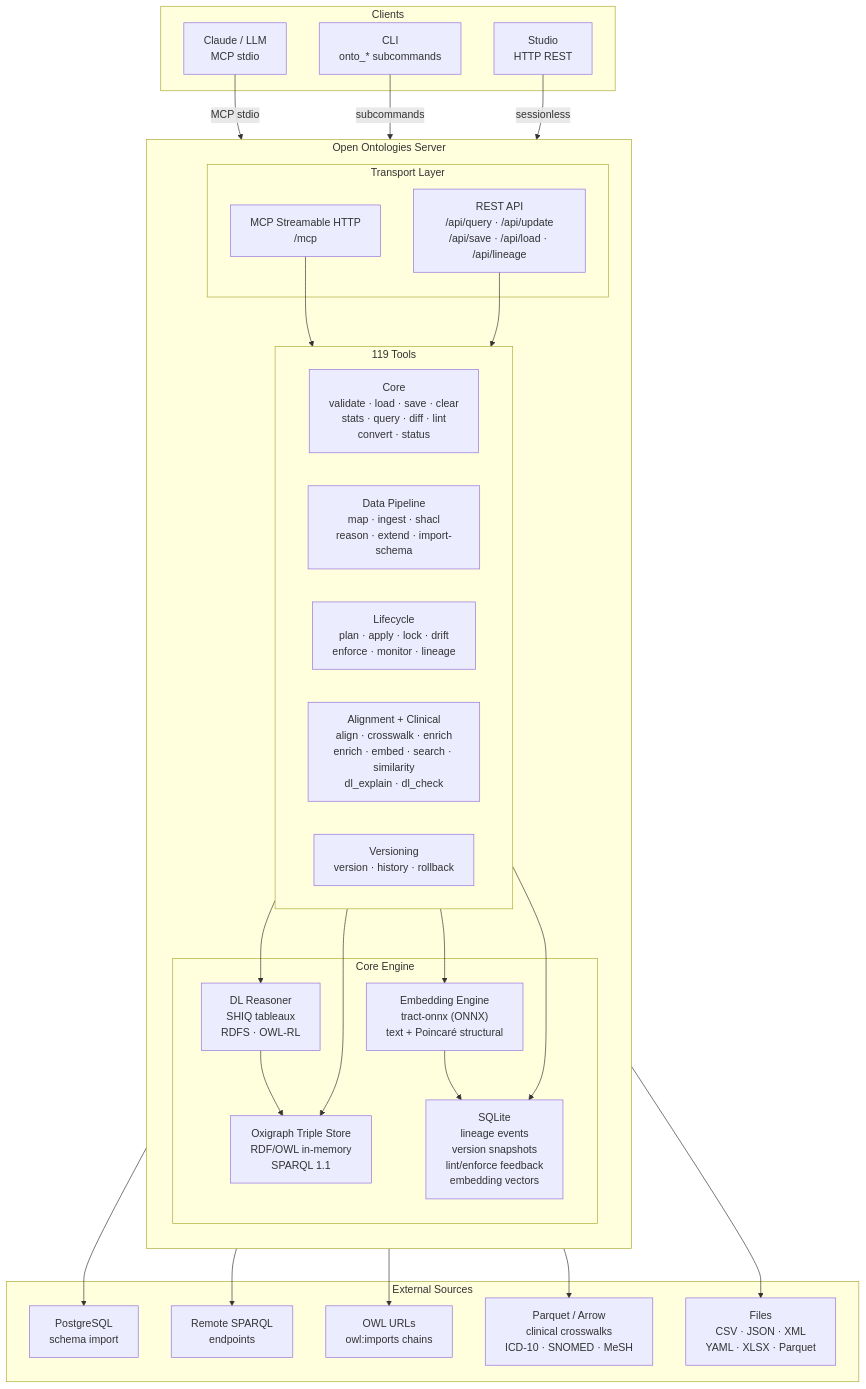
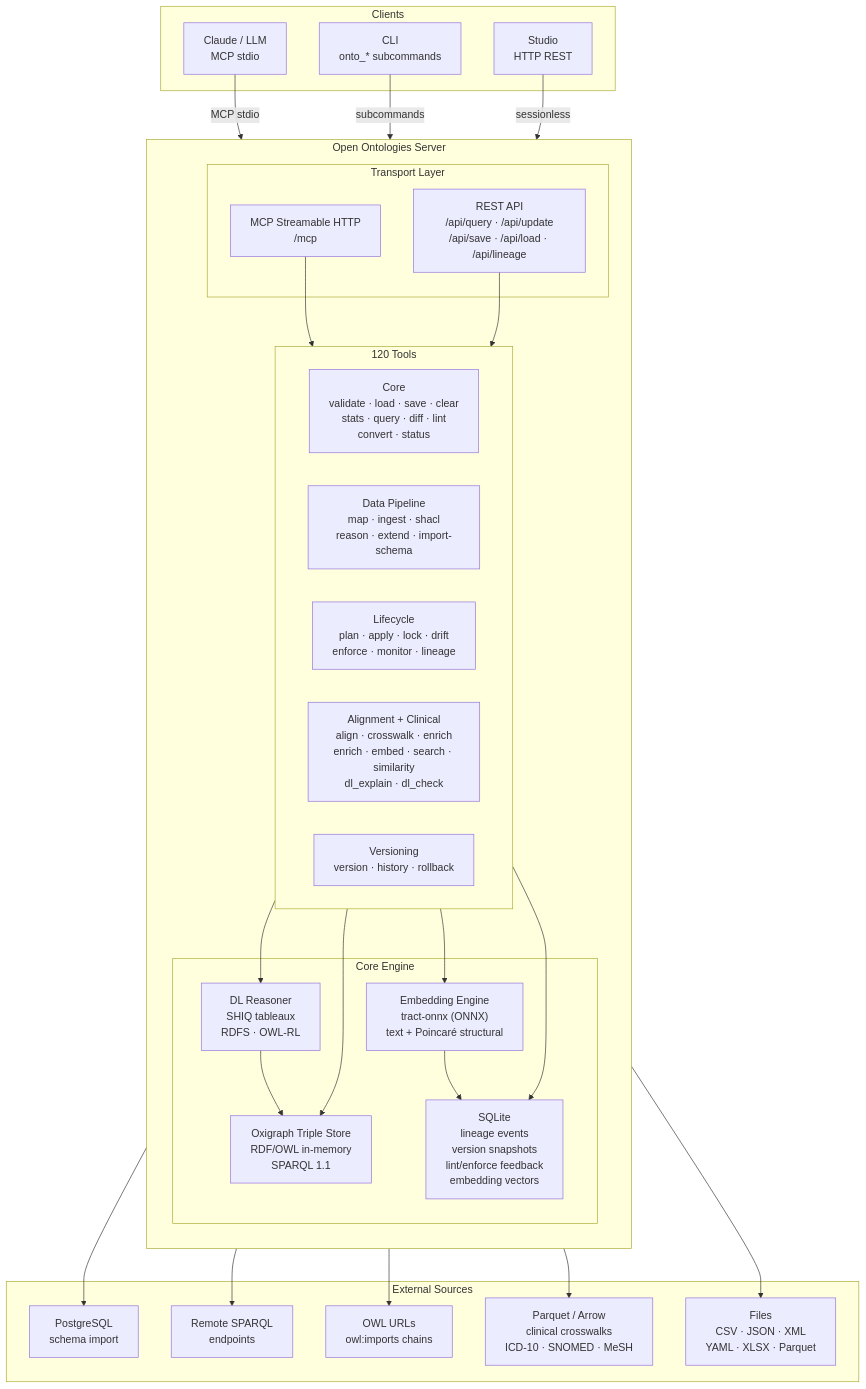
Before and after one commit to Elendil-Q/open-ontologies: the first of 2 diagrams in docs/architecture.md, drawn with Mermaid. The commit also changed 21 other files, not shown here.

````diff
--- a/docs/architecture.md
+++ b/docs/architecture.md
@@ -11,62 +11,62 @@
 ```mermaid
 flowchart TD
     subgraph Clients["Clients"]
         Claude["Claude / LLM\nMCP stdio"]
         CLI["CLI\nonto_* subcommands"]
         Studio["Studio\nHTTP REST"]
     end
 
     subgraph Server["Open Ontologies Server"]
         direction TB
 
         subgraph Transport["Transport Layer"]
             MCP_HTTP["MCP Streamable HTTP\n/mcp"]
             REST["REST API\n/api/query · /api/update\n/api/save · /api/load · /api/lineage"]
         end
 
-        subgraph ToolGroups["119 Tools"]
+        subgraph ToolGroups["120 Tools"]
             direction LR
             Core["Core\nvalidate · load · save · clear\nstats · query · diff · lint\nconvert · status"]
             DataPipe["Data Pipeline\nmap · ingest · shacl\nreason · extend · import-schema"]
             Lifecycle["Lifecycle\nplan · apply · lock · drift\nenforce · monitor · lineage"]
             Advanced["Alignment + Clinical\nalign · crosswalk · enrich\nenrich · embed · search · similarity\ndl_explain · dl_check"]
             Version["Versioning\nversion · history · rollback"]
         end
 
         subgraph Core2["Core Engine"]
             GraphStore["Oxigraph Triple Store\nRDF/OWL in-memory\nSPARQL 1.1"]
             SQLite["SQLite\nlineage events\nversion snapshots\nlint/enforce feedback\nembedding vectors"]
             Reasoner["DL Reasoner\nSHIQ tableaux\nRDFS · OWL-RL"]
             Embedder["Embedding Engine\ntract-onnx (ONNX)\ntext + Poincaré structural"]
         end
     end
 
     subgraph External["External Sources"]
         PG["PostgreSQL\nschema import"]
         SPARQL["Remote SPARQL\nendpoints"]
         OWL["OWL URLs\nowl:imports chains"]
         Parquet["Parquet / Arrow\nclinical crosswalks\nICD-10 · SNOMED · MeSH"]
         Files["Files\nCSV · JSON · XML\nYAML · XLSX · Parquet"]
     end
 
     Claude -->|"MCP stdio"| MCP_HTTP
     CLI -->|"subcommands"| MCP_HTTP
     Studio -->|"sessionless"| REST
 
     MCP_HTTP --> ToolGroups
     REST --> ToolGroups
 
     ToolGroups --> GraphStore
     ToolGroups --> SQLite
     ToolGroups --> Reasoner
     ToolGroups --> Embedder
 
     Reasoner --> GraphStore
     Embedder --> SQLite
 
     DataPipe --> Files
     Advanced --> Parquet
     Core --> OWL
     Core --> SPARQL
     DataPipe --> PG
 ```
````
